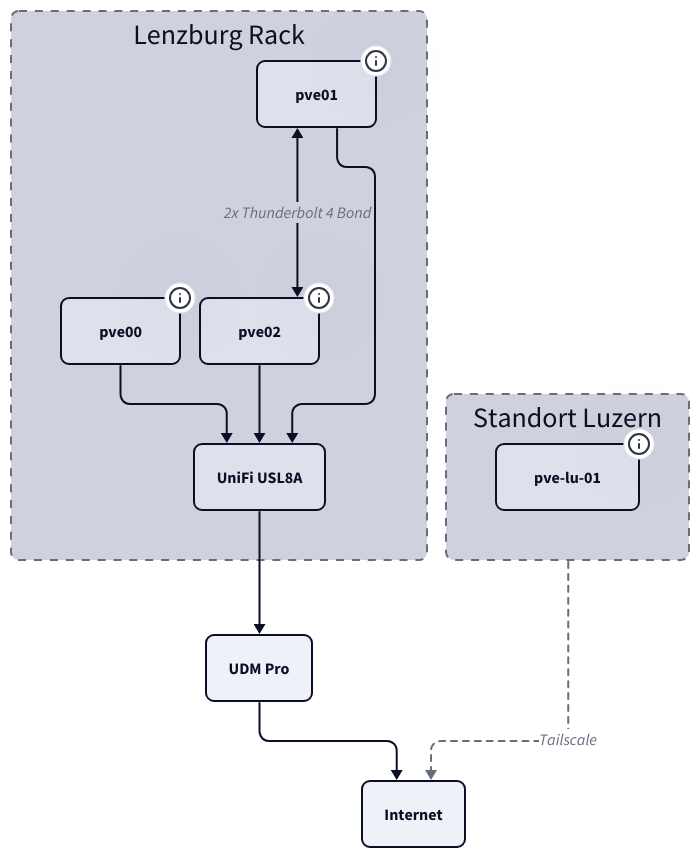
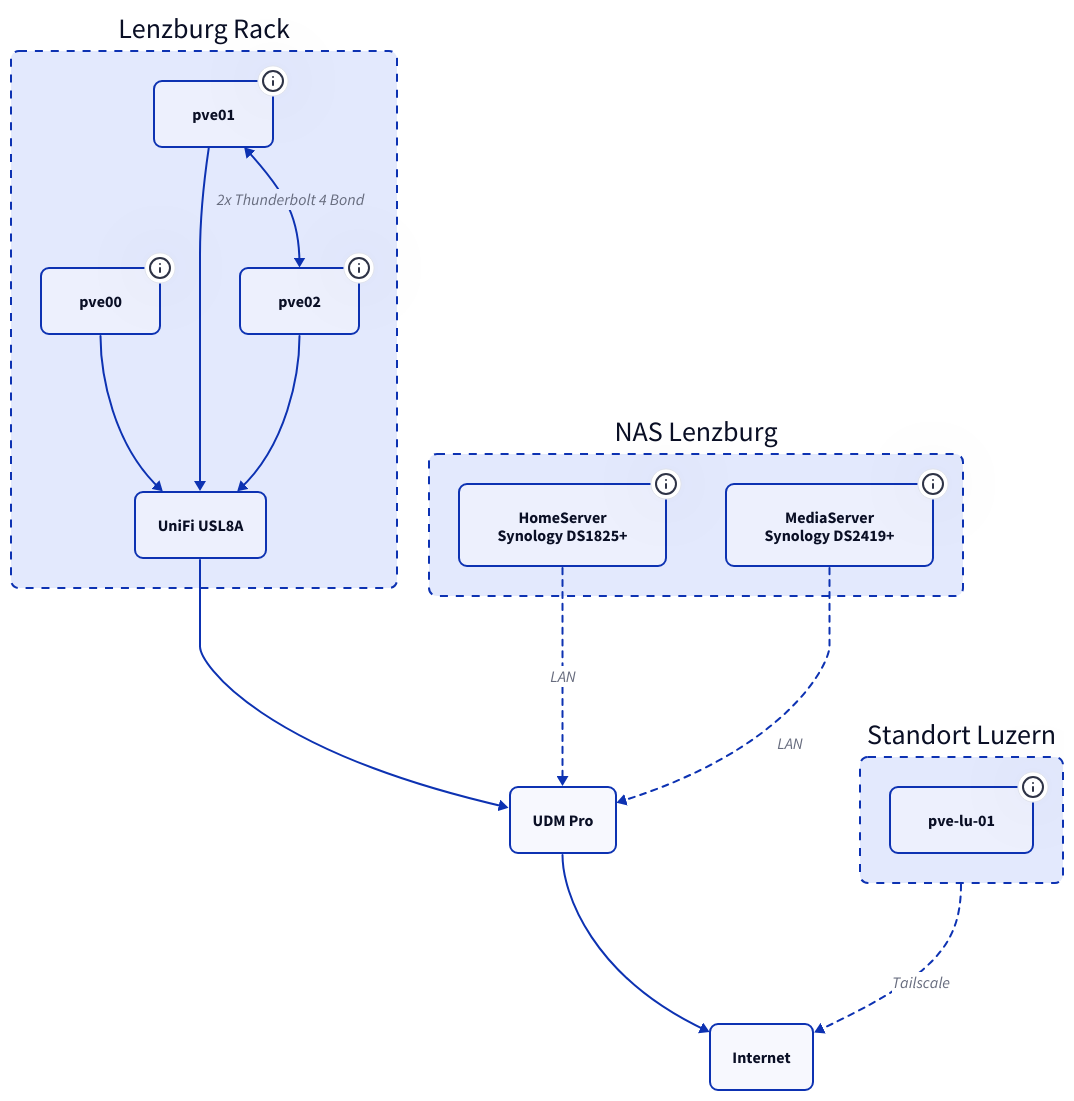
The diagram in docs/_referenz/hardware-inventar.md (derever-labs/homelab-wiki), drawn with D2 before and after one commit. The commit also changed 8 other files, not shown here.

First line of the commit message:
Diagramme fuer TALA ueberarbeiten (Batch B7) (#103)

````diff
--- a/docs/_referenz/hardware-inventar.md
+++ b/docs/_referenz/hardware-inventar.md
@@ -12,11 +12,4 @@
 ```d2
-vars: {
-  d2-config: {
-    theme-id: 1
-    layout-engine: elk
-  }
-}
-
 classes: {
   node: {
     style: {
@@ -38,17 +31,17 @@
 
   pve00: pve00 {
     class: node
-    tooltip: "Minisforum DeskMini N100\nRAM: 16 GB DDR4-3200\nStorage: 512 GB NVMe HighRel"
+    tooltip: "Minisforum DeskMini N100. RAM 16 GB DDR4-3200, Storage 512 GB NVMe"
   }
 
   pve01: pve01 {
     class: node
-    tooltip: "Minisforum MS-01 (Venus Series)\nRAM: 96 GB DDR5-4800\nStorage: 2x 4 TB Kingston Fury Renegade"
+    tooltip: "Minisforum MS-01 (Venus Series). RAM 96 GB DDR5-4800, Storage 2x 4 TB Kingston Fury Renegade"
   }
 
   pve02: pve02 {
     class: node
-    tooltip: "Minisforum MS-01 (Venus Series)\nRAM: 96 GB DDR5-4800\nStorage: 2x 4 TB Kingston Fury Renegade"
+    tooltip: "Minisforum MS-01 (Venus Series). RAM 96 GB DDR5-4800, Storage 2x 4 TB Kingston Fury Renegade"
   }
 
   pve01 <-> pve02: 2x Thunderbolt 4 Bond
@@ -62,6 +55,20 @@
   pve02 -> aggregation
 }
 
+nas: NAS Lenzburg {
+  class: container
+
+  homeserver: "HomeServer\nSynology DS1825+" {
+    class: node
+    tooltip: "Prod-NAS: NFS-Exports, Garage S3, Backup-Ziel (Hyper Backup)"
+  }
+
+  mediaserver: "MediaServer\nSynology DS2419+" {
+    class: node
+    tooltip: "Jellyfin-Mediathek von USB-Shares per NFS an die Media-Worker"
+  }
+}
+
 udmpro: UDM Pro {
   class: node
 }
@@ -71,6 +78,12 @@
 }
 
 rack.aggregation -> udmpro
+nas.homeserver -> udmpro: LAN {
+  style.stroke-dash: 3
+}
+nas.mediaserver -> udmpro: LAN {
+  style.stroke-dash: 3
+}
 udmpro -> internet
 
 luzern: Standort Luzern {
@@ -78,7 +91,7 @@
 
   pvelu: pve-lu-01 {
     class: node
-    tooltip: "Acer Revo RB610\nCPU: i3-1315U (6C/8T)\nRAM: 8 GB\nStorage: 256 GB WD SN740 NVMe\nNetz: 172.16.0.0/24"
+    tooltip: "Acer Revo RB610. CPU i3-1315U (6C/8T), RAM 8 GB, Storage 256 GB WD SN740 NVMe. Netz 172.16.0.0/24"
   }
 }
 
````
